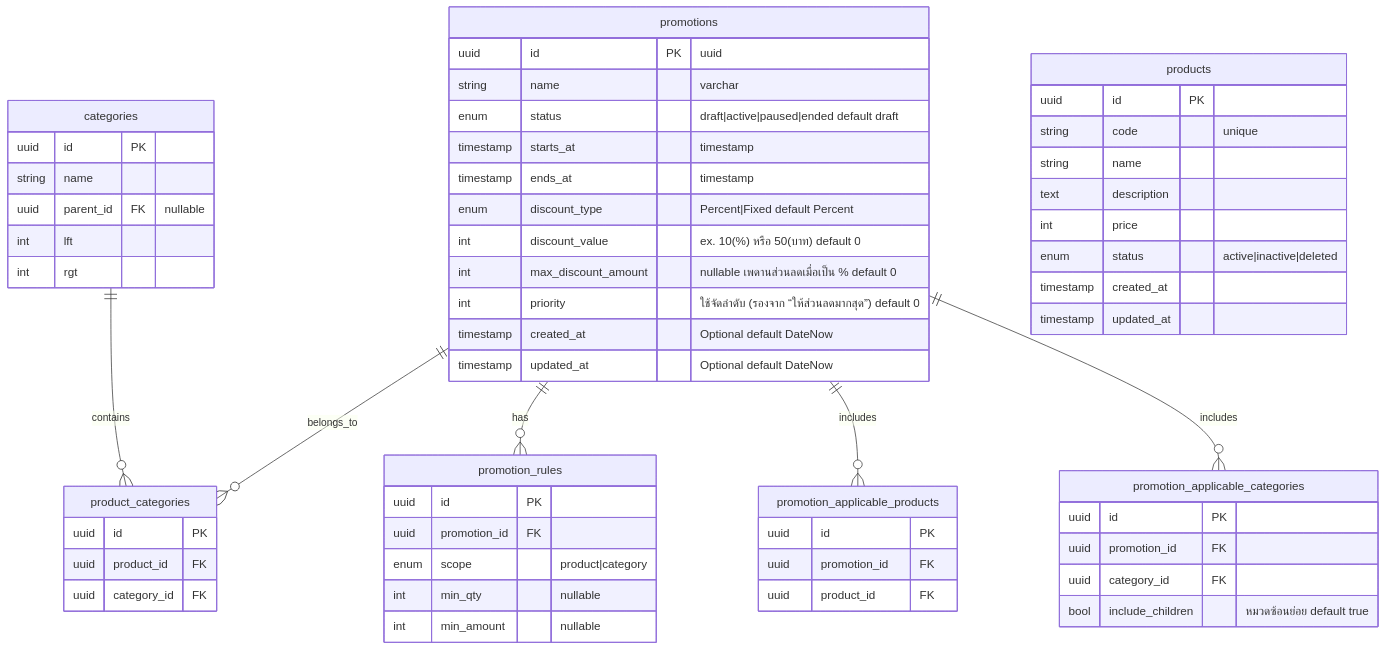
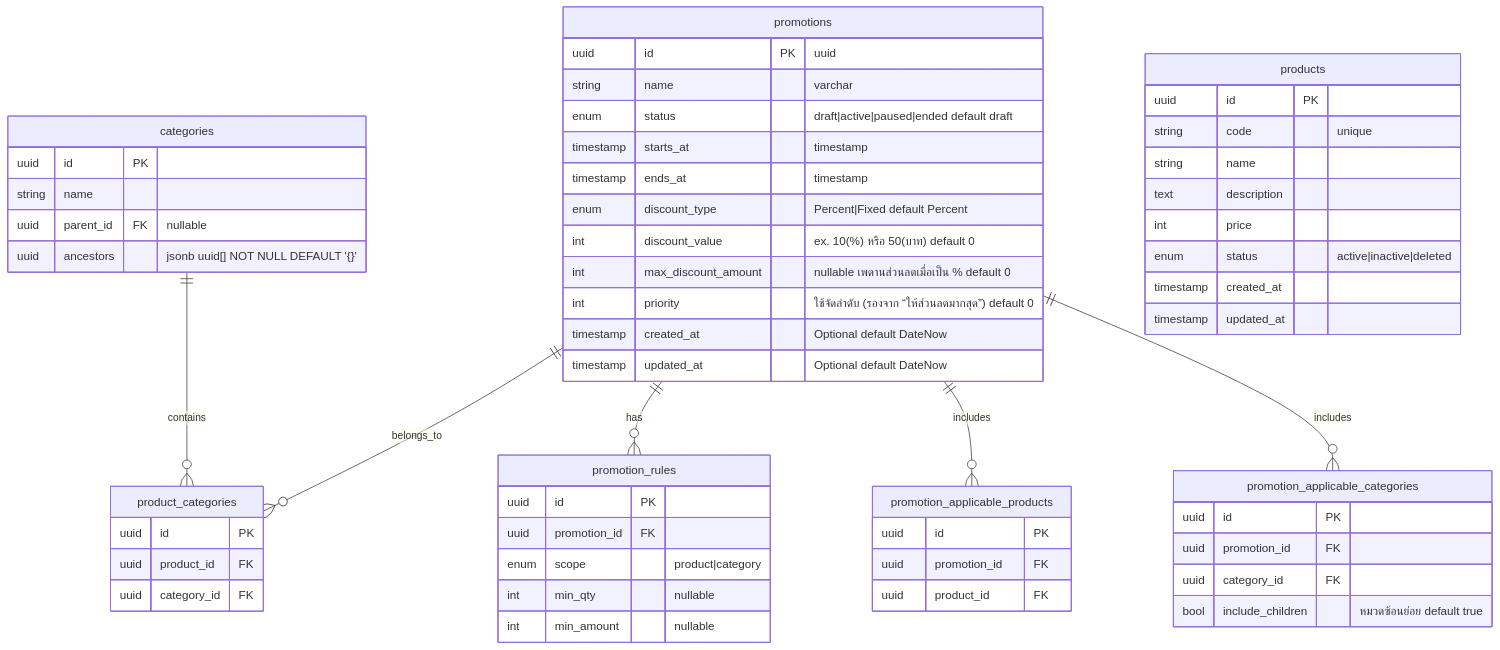
The diagram in docs/er/database-design.mmd (nathakritbc/promi-codelab-api), drawn with Mermaid before and after one commit. The commit also changed 11 other files, not shown here.

```diff
--- a/docs/er/database-design.mmd
+++ b/docs/er/database-design.mmd
@@ -1,70 +1,71 @@
 erDiagram
   promotions ||--o{ product_categories : belongs_to
   categories ||--o{ product_categories : contains
 
   promotions ||--o{ promotion_rules : has
   promotions ||--o{ promotion_applicable_products : includes
   promotions ||--o{ promotion_applicable_categories : includes
 
     promotions {
       uuid id PK "uuid"
       string name "varchar"
       enum status  "draft|active|paused|ended   default draft"
       timestamp starts_at "timestamp"
       timestamp ends_at "timestamp"
       enum discount_type "Percent|Fixed  default Percent"
       int discount_value "ex. 10(%) หรือ 50(บาท) default 0"
       int max_discount_amount  "nullable เพดานส่วนลดเมื่อเป็น % default 0" 
       int priority  "ใช้จัดลำดับ (รองจาก “ให้ส่วนลดมากสุด”) default 0"
       timestamp created_at "Optional default DateNow"
       timestamp updated_at "Optional default DateNow"
     }
 
      %%  เงื่อนไขระดับกฎ เช่น min_qty, min_order_amount (ขยายได้ภายหลัง)
     promotion_rules {
       uuid id PK
       uuid promotion_id FK
       enum scope   "product|category"  
       int min_qty   "nullable"
       int min_amount   "nullable"
     }
 
     promotion_applicable_products{
       uuid id PK
       uuid promotion_id FK
       uuid product_id FK
     }
   
     promotion_applicable_categories {
       uuid id PK 
       uuid promotion_id FK
       uuid category_id FK
       bool include_children "หมวดซ้อนย่อย default true"
     }
 
     products {
       uuid id PK
       string code "unique"
       string name
       text description
       int price
       enum status  "active|inactive|deleted"
       timestamp created_at
       timestamp updated_at
     }
 
     categories {
       uuid id PK
       string name
       uuid parent_id FK "nullable"
-      int lft
-      int rgt
+      %% int lft
+      %% int rgt
+      uuid ancestors "jsonb uuid[] NOT NULL DEFAULT '{}'"
     }
 
 
     product_categories {
       uuid id PK
       uuid product_id FK
       uuid category_id FK
       %% เพิ่ม index unique "(product_id, category_id) unique"
     }
```
